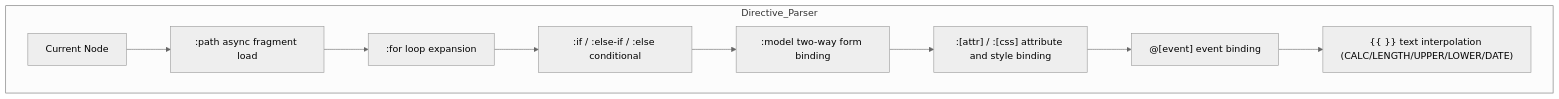
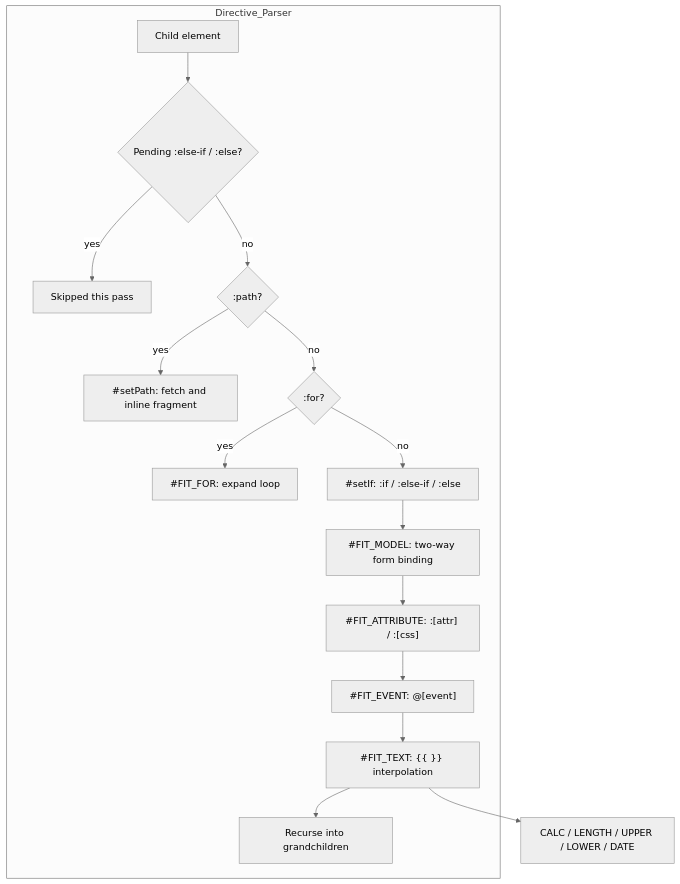
One commit to pardnio/RenderJS changed the fourth of 7 diagrams in doc/architecture.md. Above: the diagram before and after it, drawn with Mermaid (neutral theme). The commit also changed other lines of this file and 8 other files, not shown here.

````diff
--- a/doc/architecture.md
+++ b/doc/architecture.md
@@ -40,12 +62,18 @@
 ```mermaid
 graph TB
     subgraph Directive_Parser
-        Node[Current Node] --> Path[":path async fragment load"]
-        Path --> For[":for loop expansion"]
-        For --> If[":if / :else-if / :else conditional"]
-        If --> Model_[":model two-way form binding"]
-        Model_ --> Attr[":[attr] / :[css] attribute and style binding"]
-        Attr --> Event["@[event] event binding"]
-        Event --> Interp["{{ }} text interpolation (CALC/LENGTH/UPPER/LOWER/DATE)"]
+        Node[Child element] --> Pending{"Pending :else-if / :else?"}
+        Pending -->|yes| Skip[Skipped this pass]
+        Pending -->|no| PathCheck{":path?"}
+        PathCheck -->|yes| SetPath["#setPath: fetch and inline fragment"]
+        PathCheck -->|no| ForCheck{":for?"}
+        ForCheck -->|yes| FitFor["#FIT_FOR: expand loop"]
+        ForCheck -->|no| SetIf["#setIf: :if / :else-if / :else"]
+        SetIf --> FitModel["#FIT_MODEL: two-way form binding"]
+        FitModel --> FitAttr["#FIT_ATTRIBUTE: :[attr] / :[css]"]
+        FitAttr --> FitEvent["#FIT_EVENT: @[event]"]
+        FitEvent --> FitText["#FIT_TEXT: {{ }} interpolation"]
+        FitText --> Recurse[Recurse into grandchildren]
     end
+    FitText --> Helpers["CALC / LENGTH / UPPER / LOWER / DATE"]
 ```
````
